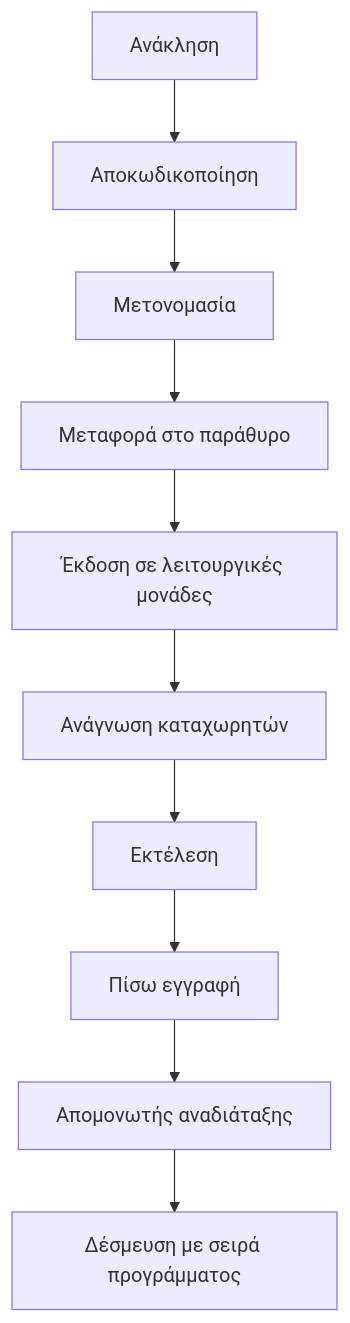
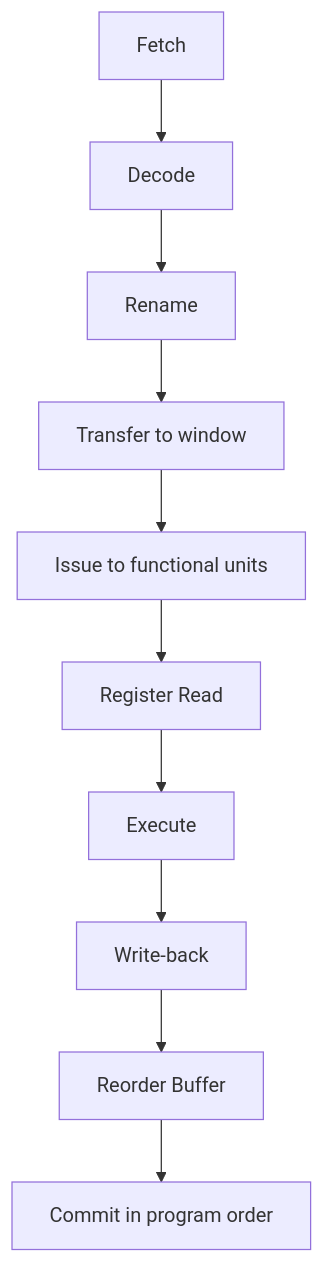
One commit to PanagopoulosNikolaos/DitOpenNotes changed the fifth of 11 diagrams in Year_2/Semester_3/COMPUTER_ARCHITECTURE/Resources/Notes/Superscalar-Processors-Notes-9.md. Above: the diagram before and after it, drawn with Mermaid. The commit also changed other lines of this file and 50 other files, not shown here.

````diff
--- a/Year_2/Semester_3/COMPUTER_ARCHITECTURE/Resources/Notes/Superscalar-Processors-Notes-9.md
+++ b/Year_2/Semester_3/COMPUTER_ARCHITECTURE/Resources/Notes/Superscalar-Processors-Notes-9.md
@@ -278,12 +278,12 @@
 ```mermaid
 flowchart TB
-  F[Ανάκληση] --> D[Αποκωδικοποίηση]
-  D --> R[Μετονομασία]
-  R --> T[Μεταφορά στο παράθυρο]
-  T --> I[Έκδοση σε λειτουργικές μονάδες]
-  I --> RG[Ανάγνωση καταχωρητών]
-  RG --> EX[Εκτέλεση]
-  EX --> WB[Πίσω εγγραφή]
-  WB --> ROB[Απομονωτής αναδιάταξης]
-  ROB --> COMMIT[Δέσμευση με σειρά προγράμματος]
+  F[Fetch] --> D[Decode]
+  D --> R[Rename]
+  R --> T[Transfer to window]
+  T --> I[Issue to functional units]
+  I --> RG[Register Read]
+  RG --> EX[Execute]
+  EX --> WB[Write-back]
+  WB --> ROB[Reorder Buffer]
+  ROB --> COMMIT[Commit in program order]
 ```
````
